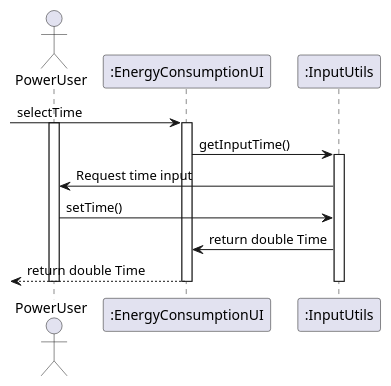
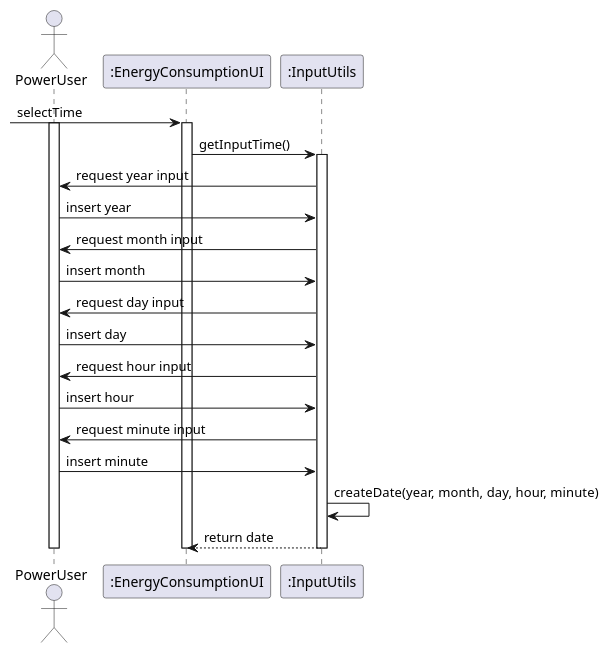
Before and after one commit to Almadanmp/project: the diagram in uml/US720/selectTime.puml, drawn with PlantUML. The commit also changed 1 other file, not shown here.

Commit message:
Refs #101 - Fixes selectRoom and selectTime UML sequence diagrams.

```diff
--- a/uml/US720/selectTime.puml
+++ b/uml/US720/selectTime.puml
@@ -1,17 +1,25 @@
 @startuml
 
 actor PowerUser
 
 -> ":EnergyConsumptionUI": selectTime
 activate PowerUser
 activate ":EnergyConsumptionUI"
 ":EnergyConsumptionUI" -> ":InputUtils": getInputTime()
 activate ":InputUtils"
-":InputUtils" -> PowerUser: Request time input
-PowerUser -> ":InputUtils": setTime()
-":InputUtils" -> ":EnergyConsumptionUI": return double Time
-<-- ":EnergyConsumptionUI": return double Time
+":InputUtils" -> PowerUser: request year input
+PowerUser -> ":InputUtils": insert year
+":InputUtils" -> PowerUser: request month input
+PowerUser -> ":InputUtils": insert month
+":InputUtils" -> PowerUser: request day input
+PowerUser -> ":InputUtils": insert day
+":InputUtils" -> PowerUser: request hour input
+PowerUser -> ":InputUtils": insert hour
+":InputUtils" -> PowerUser: request minute input
+PowerUser -> ":InputUtils": insert minute
+":InputUtils" -> ":InputUtils": createDate(year, month, day, hour, minute)
+":InputUtils" --> ":EnergyConsumptionUI": return date
 deactivate PowerUser
 deactivate ":EnergyConsumptionUI"
 deactivate ":InputUtils"
 @enduml
```
